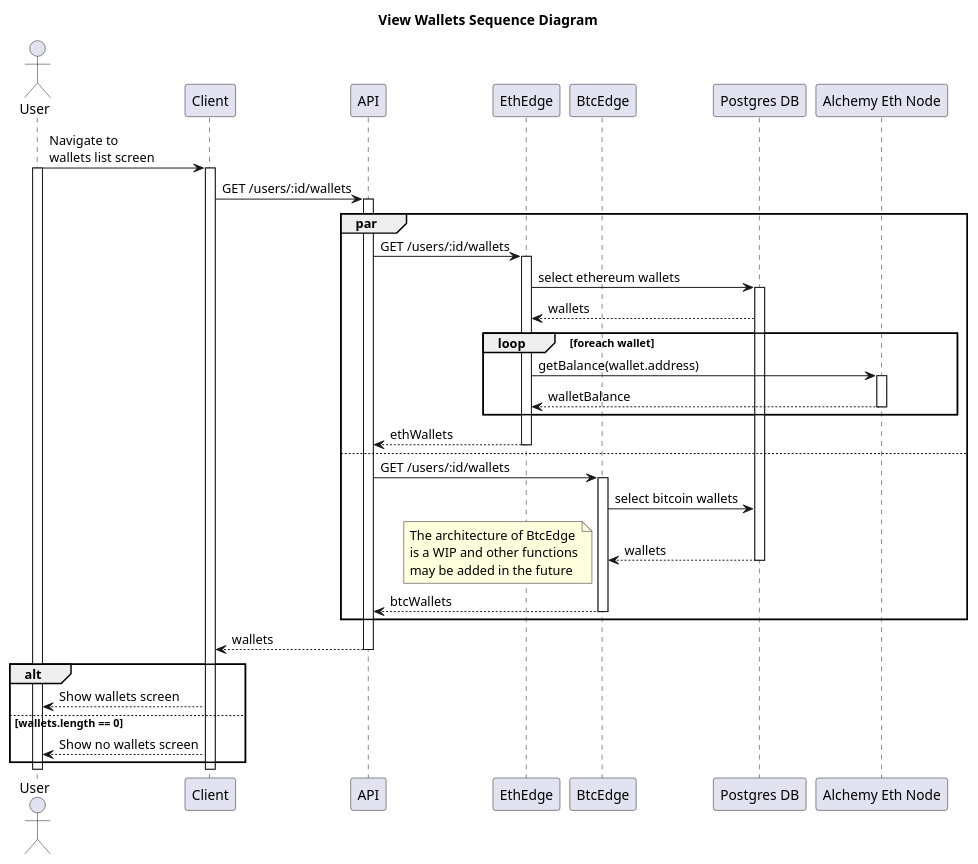
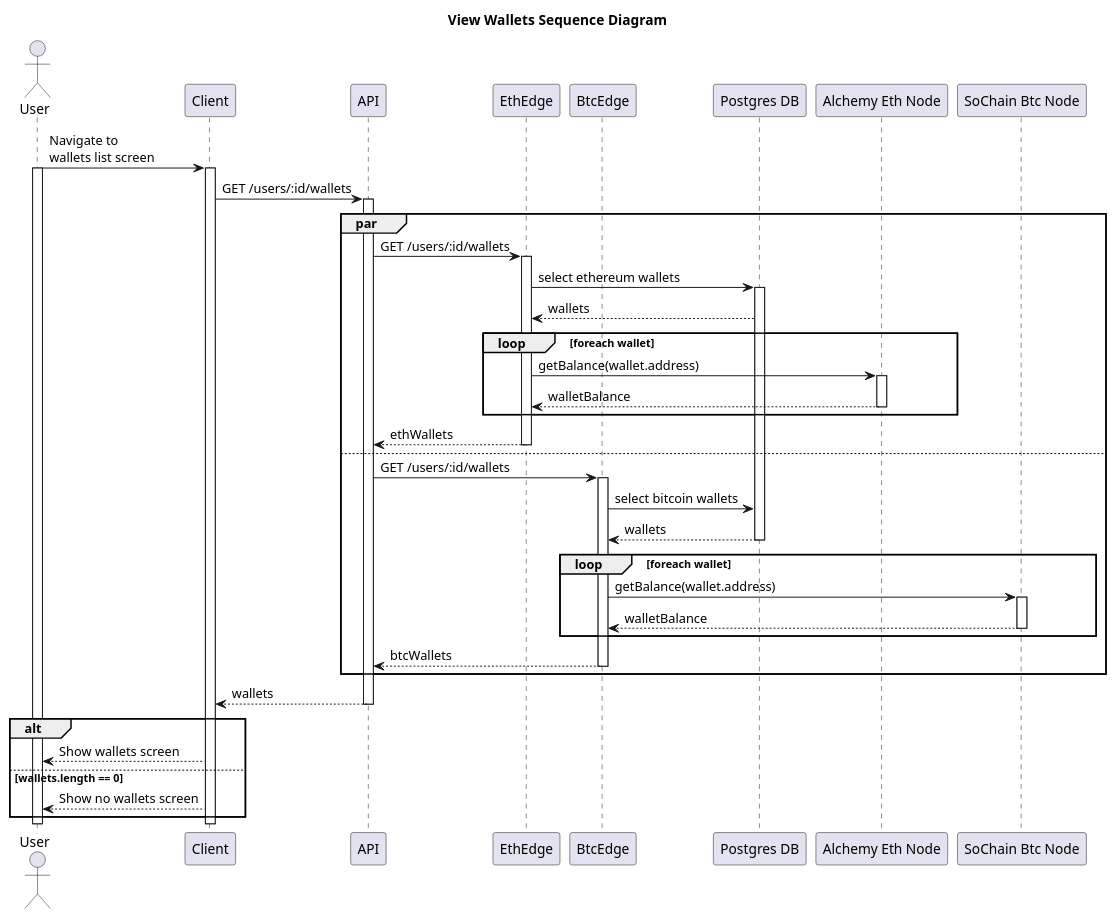
The diagram in packages/docs/diagrams/sequence_view_wallets.puml (SOEN-490-Capstone/Cryptify), drawn with PlantUML before and after one commit. The commit also changed 1 other file, not shown here.

Commit message:
Update the view wallet diagram

```diff
--- a/packages/docs/diagrams/sequence_view_wallets.puml
+++ b/packages/docs/diagrams/sequence_view_wallets.puml
@@ -1,57 +1,64 @@
 @startuml
 
 title View Wallets Sequence Diagram
 
 actor User
 participant Client
 participant API
 participant EthEdge
 participant BtcEdge
 participant "Postgres DB"
 participant "Alchemy Eth Node"
+participant "SoChain Btc Node"
 
 User -> Client: Navigate to\nwallets list screen
 activate User
 activate Client
 Client -> API: GET /users/:id/wallets
 activate API
 
 par
     API -> EthEdge: GET /users/:id/wallets
     activate EthEdge
     EthEdge -> "Postgres DB": select ethereum wallets
     activate "Postgres DB"
     "Postgres DB" --> EthEdge: wallets
 
     loop foreach wallet
         EthEdge -> "Alchemy Eth Node": getBalance(wallet.address)
         activate "Alchemy Eth Node"
         "Alchemy Eth Node" --> EthEdge: walletBalance
         deactivate "Alchemy Eth Node"
     end
 
     EthEdge --> API: ethWallets
     deactivate EthEdge
 else
     API -> BtcEdge: GET /users/:id/wallets
     activate BtcEdge
     BtcEdge -> "Postgres DB": select bitcoin wallets
     "Postgres DB" --> BtcEdge: wallets
     deactivate "Postgres DB"
-    note left: The architecture of BtcEdge\nis a WIP and other functions\nmay be added in the future
+    
+    loop foreach wallet
+        BtcEdge -> "SoChain Btc Node": getBalance(wallet.address)
+        activate "SoChain Btc Node"
+        "SoChain Btc Node" --> BtcEdge: walletBalance
+        deactivate "SoChain Btc Node"
+    end
 
     BtcEdge --> API: btcWallets
     deactivate BtcEdge
 end
 
 API --> Client: wallets
 deactivate API
 alt
     Client --> User: Show wallets screen
 else wallets.length == 0
     Client --> User: Show no wallets screen
 end
 deactivate Client
 deactivate User
 
 @enduml
```
